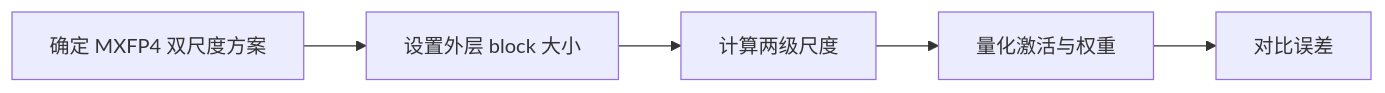
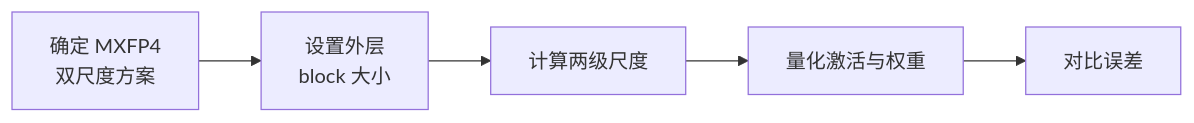
Before and after one commit to mindstudio-docs/master: the diagram in msmodelslim/docs/zh/knowledge_base/quantization_algorithms/dual_scale/usage_dual_scale.md, drawn with Mermaid. The commit also changed other lines of this file and 235 other files, not shown here.

````diff
--- a/msmodelslim/docs/zh/knowledge_base/quantization_algorithms/dual_scale/usage_dual_scale.md
+++ b/msmodelslim/docs/zh/knowledge_base/quantization_algorithms/dual_scale/usage_dual_scale.md
@@ -24,7 +20,7 @@
 ```mermaid
 flowchart LR
-    A[确定 MXFP4 双尺度方案] --> B[设置外层 block 大小]
-    B[设置外层 block 大小] --> C[计算两级尺度]
-    C[计算两级尺度] --> D[量化激活与权重]
-    D[量化激活与权重] --> E[对比误差]
+    A[确定 MXFP4<br/>双尺度方案] --> B[设置外层<br/>block 大小]
+    B --> C[计算两级尺度]
+    C --> D[量化激活与权重]
+    D --> E[对比误差]
 ```
````
